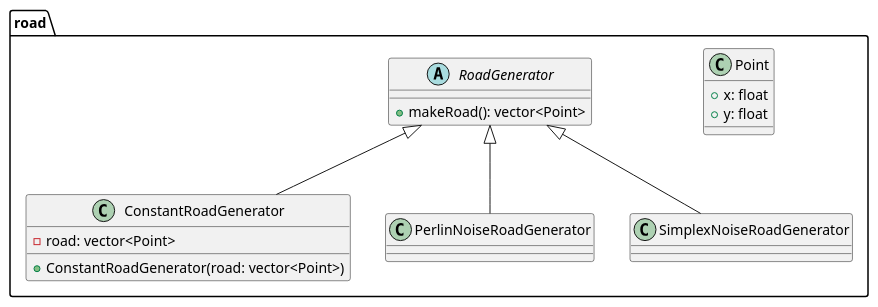
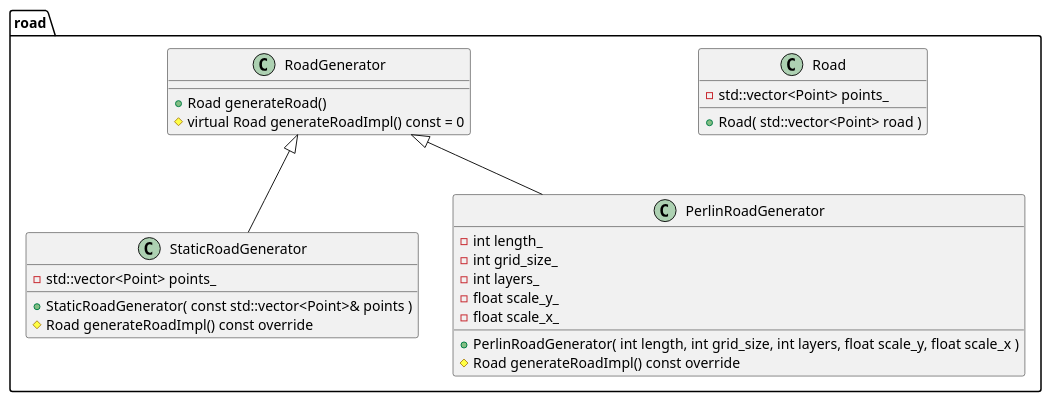
The diagram in docs/diagrams/road.puml (mGarbowski/zpr-projekt), drawn with PlantUML before and after one commit.

Commit message:
diagram for road package

```diff
--- a/docs/diagrams/road.puml
+++ b/docs/diagrams/road.puml
@@ -1,25 +1,33 @@
 @startuml
 'https://plantuml.com/class-diagram
 package road {
-    class Point {
-        +x: float
-        +y: float
+    class Road {
+        + Road( std::vector<Point> road )
+        - std::vector<Point> points_
     }
 
-    abstract class RoadGenerator {
-        +makeRoad(): vector<Point>
+    class RoadGenerator {
+        + Road generateRoad()
+        # virtual Road generateRoadImpl() const = 0
     }
 
-    class ConstantRoadGenerator {
-        -road: vector<Point>
-        +ConstantRoadGenerator(road: vector<Point>)
+    class StaticRoadGenerator {
+        + StaticRoadGenerator( const std::vector<Point>& points )
+        # Road generateRoadImpl() const override
+        - std::vector<Point> points_
     }
 
-    class PerlinNoiseRoadGenerator
-    class SimplexNoiseRoadGenerator
+    class PerlinRoadGenerator {
+        + PerlinRoadGenerator( int length, int grid_size, int layers, float scale_y, float scale_x )
+        # Road generateRoadImpl() const override
+        - int length_
+        - int grid_size_
+        - int layers_
+        - float scale_y_
+        - float scale_x_
+    }
 
-    RoadGenerator <|-- ConstantRoadGenerator
-    RoadGenerator <|-- PerlinNoiseRoadGenerator
-    RoadGenerator <|-- SimplexNoiseRoadGenerator
+    RoadGenerator <|-- StaticRoadGenerator
+    RoadGenerator <|-- PerlinRoadGenerator
 }
 @enduml
```
